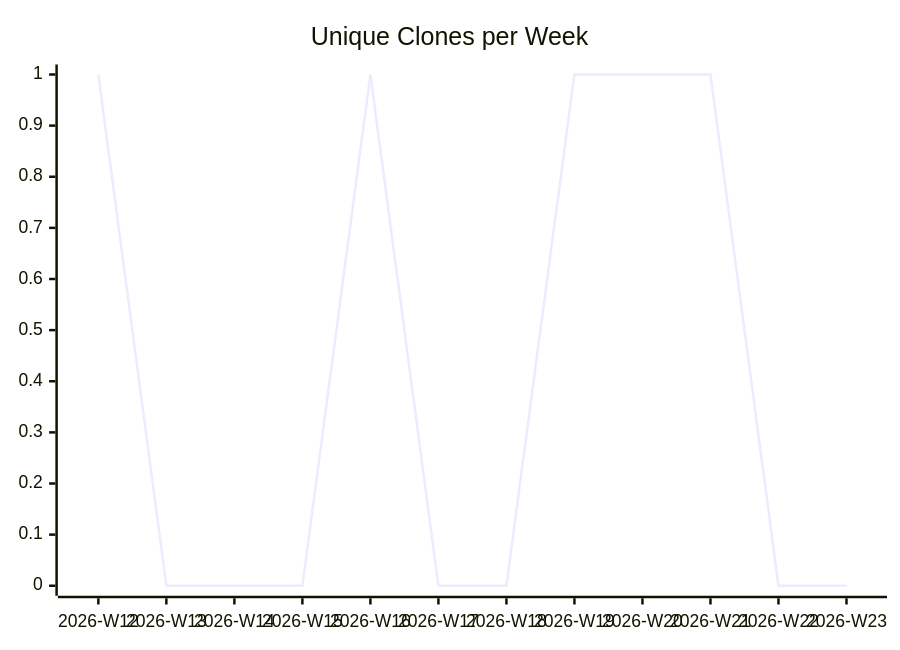
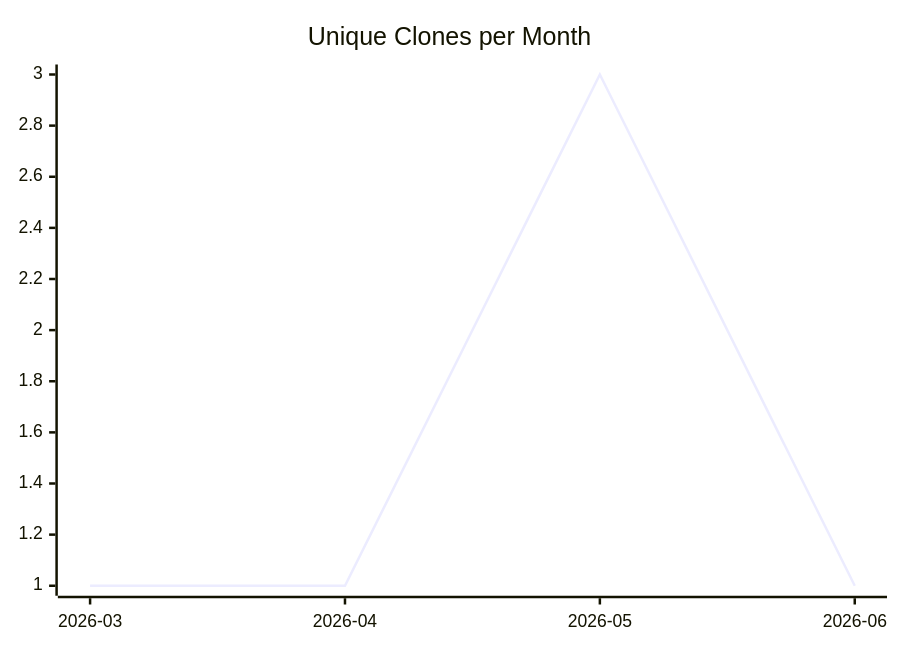
One commit to justdavis-family/github-analytics-data changed the third of 3 diagrams in karlmdavis/ansible/README.md. Above: the diagram before and after it, drawn with Mermaid. The commit also changed other lines of this file and 198 other files, not shown here.

````diff
--- a/karlmdavis/ansible/README.md
+++ b/karlmdavis/ansible/README.md
@@ -19,6 +19,6 @@
 ```mermaid
 xychart-beta
-  title "Unique Clones per Week"
-  x-axis ["2026-W12", "2026-W13", "2026-W14", "2026-W15", "2026-W16", "2026-W17", "2026-W18", "2026-W19", "2026-W20", "2026-W21", "2026-W22", "2026-W23"]
-  line [1, 0, 0, 0, 1, 0, 0, 1, 1, 1, 0, 0]
+  title "Unique Clones per Month"
+  x-axis ["2026-03", "2026-04", "2026-05", "2026-06"]
+  line [1, 1, 3, 1]
 ```
````
